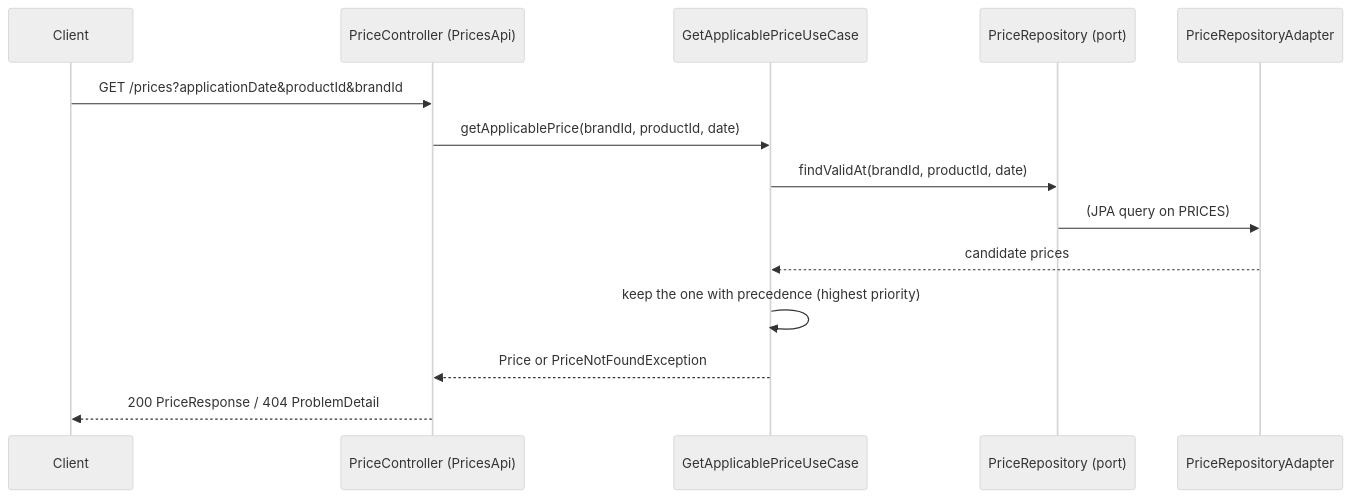
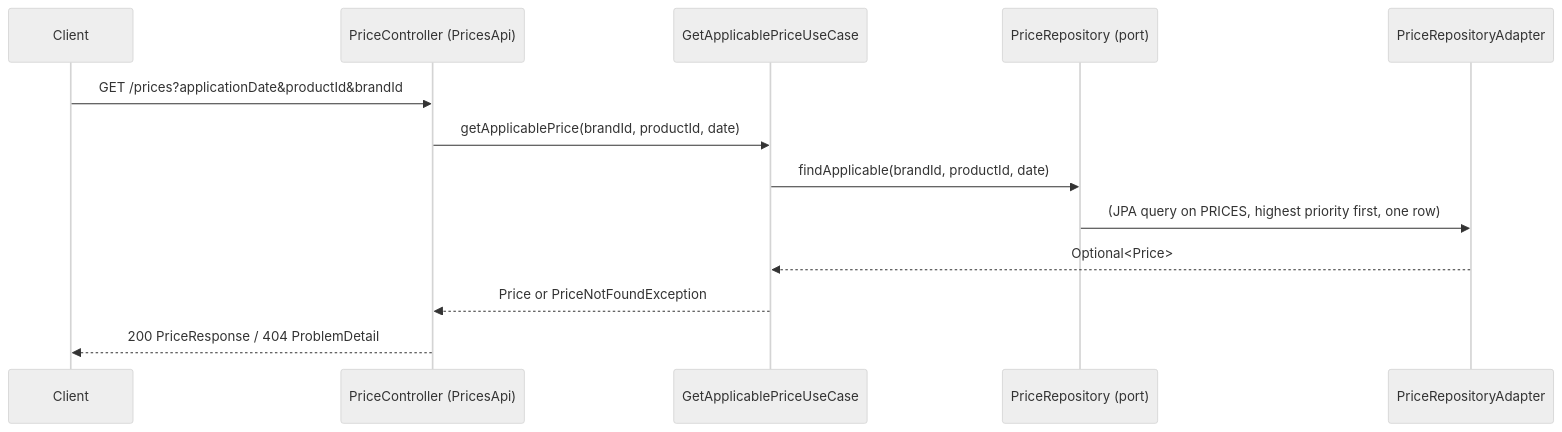
The diagram in docs/adr/0002-api-first-with-openapi.md (burillolo/inditex-prices), drawn with Mermaid (neutral theme) before and after one commit. The commit also changed 32 other files, not shown here.

````diff
--- a/docs/adr/0002-api-first-with-openapi.md
+++ b/docs/adr/0002-api-first-with-openapi.md
@@ -50,16 +50,15 @@
 ```mermaid
 sequenceDiagram
     participant C as Client
     participant R as PriceController (PricesApi)
     participant U as GetApplicablePriceUseCase
     participant P as PriceRepository (port)
     participant A as PriceRepositoryAdapter
     C->>R: GET /prices?applicationDate&productId&brandId
     R->>U: getApplicablePrice(brandId, productId, date)
-    U->>P: findValidAt(brandId, productId, date)
-    P->>A: (JPA query on PRICES)
-    A-->>U: candidate prices
-    U->>U: keep the one with precedence (highest priority)
+    U->>P: findApplicable(brandId, productId, date)
+    P->>A: (JPA query on PRICES, highest priority first, one row)
+    A-->>U: Optional<Price>
     U-->>R: Price or PriceNotFoundException
     R-->>C: 200 PriceResponse / 404 ProblemDetail
 ```
````
